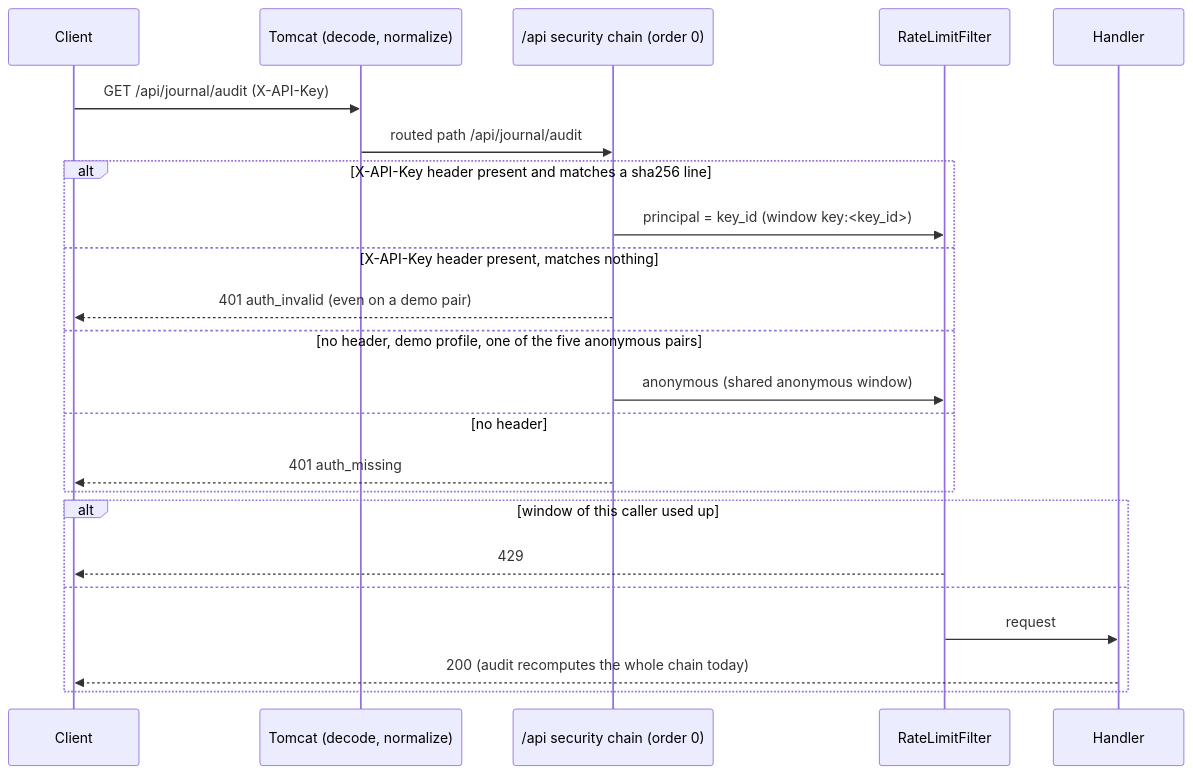
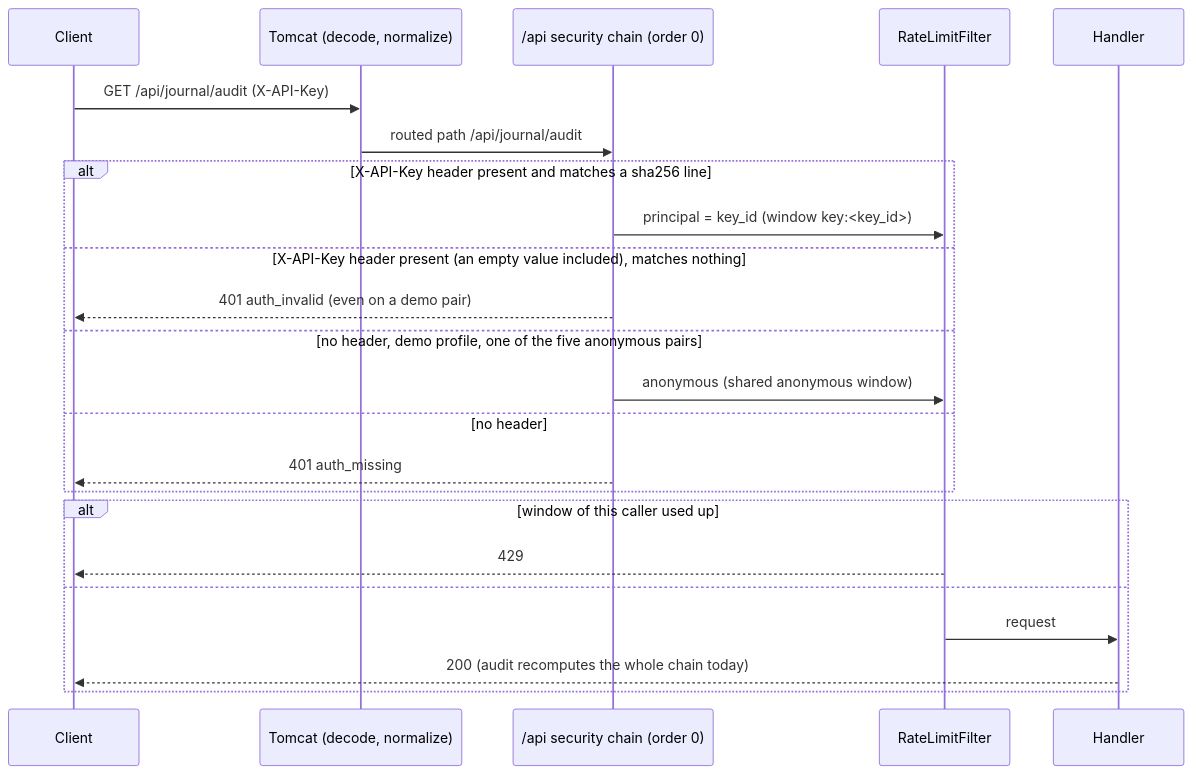
Before and after one commit to juanfranpaezz/ledgermind: the first of 2 diagrams in docs/adr/0004-api-key-auth-and-bounded-audit.md, drawn with Mermaid. The commit also changed 9 other files, not shown here.

First line of the commit message:
Empty X-API-Key fails closed, demo page reset shows a network failure, chain and metrics comments accurate

````diff
--- a/docs/adr/0004-api-key-auth-and-bounded-audit.md
+++ b/docs/adr/0004-api-key-auth-and-bounded-audit.md
@@ -73,25 +73,25 @@
 ```mermaid
 sequenceDiagram
     participant C as Client
     participant T as Tomcat (decode, normalize)
     participant S as /api security chain (order 0)
     participant R as RateLimitFilter
     participant H as Handler
     C->>T: GET /api/journal/audit (X-API-Key)
     T->>S: routed path /api/journal/audit
     alt X-API-Key header present and matches a sha256 line
         S->>R: principal = key_id (window key:<key_id>)
-    else X-API-Key header present, matches nothing
+    else X-API-Key header present (an empty value included), matches nothing
         S-->>C: 401 auth_invalid (even on a demo pair)
     else no header, demo profile, one of the five anonymous pairs
         S->>R: anonymous (shared anonymous window)
     else no header
         S-->>C: 401 auth_missing
     end
     alt window of this caller used up
         R-->>C: 429
     else
         R->>H: request
         H-->>C: 200 (audit recomputes the whole chain today)
     end
 ```
````
